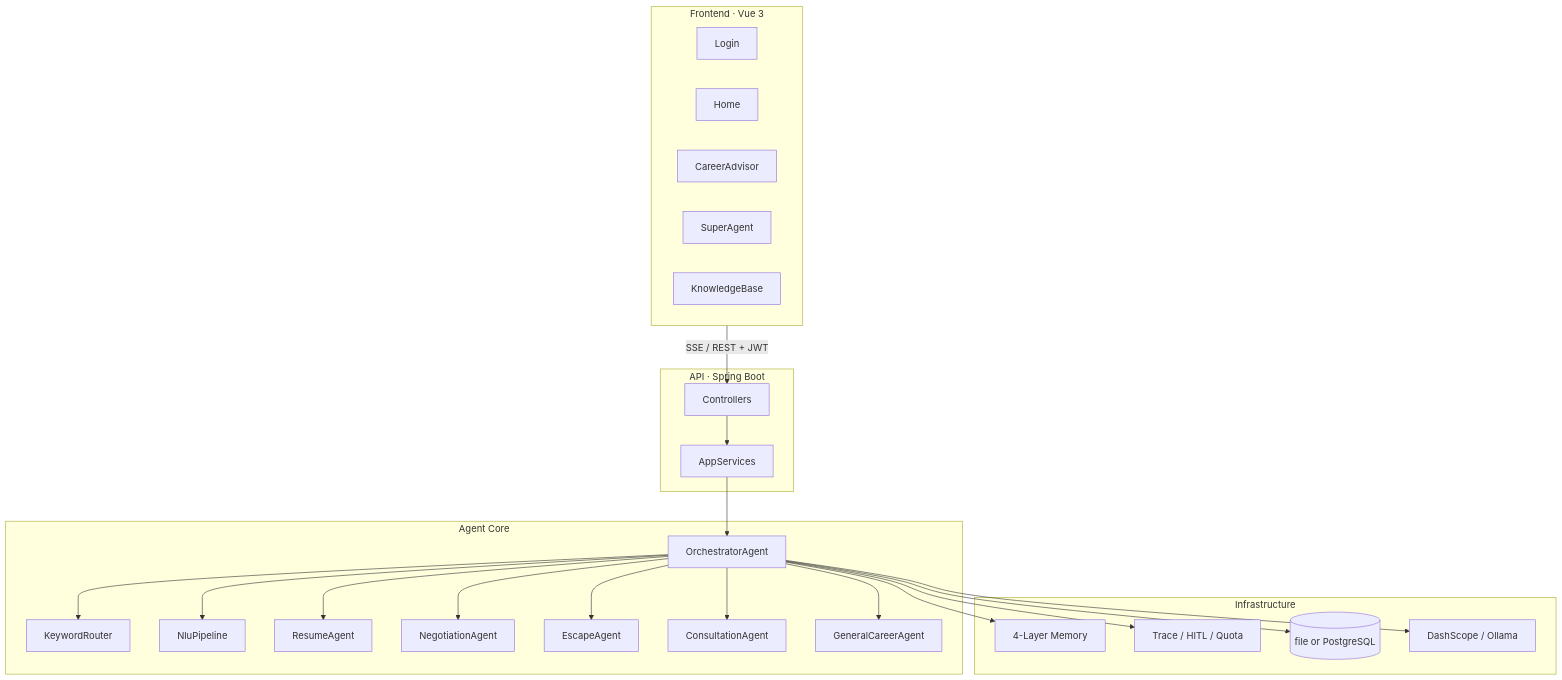
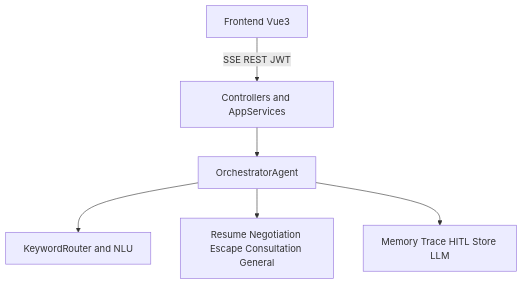
Before and after one commit to jiasongqi/WorkplaceAIAgent: the first of 2 diagrams in README.en.md, drawn with Mermaid. The commit also changed other lines of this file and 1 other file, not shown here.

Commit message:
Fix GitHub Mermaid render errors in README diagrams.
Simplify flowcharts: drop subgraphs, multi-target edges, and br labels that trigger layout failures.

````diff
--- a/README.en.md
+++ b/README.en.md
@@ -61,39 +61,15 @@
 ```mermaid
-flowchart TB
-  subgraph FE["Frontend · Vue 3"]
-    Login[Login]
-    Home[Home]
-    Career[CareerAdvisor]
-    Super[SuperAgent]
-    KB[KnowledgeBase]
-  end
+flowchart TD
+  FE[Frontend Vue3]
+  API[Controllers and AppServices]
+  Orch[OrchestratorAgent]
+  Route[KeywordRouter and NLU]
+  Agents[Resume Negotiation Escape Consultation General]
+  Infra[Memory Trace HITL Store LLM]
 
-  subgraph API["API · Spring Boot"]
-    Ctrl[Controllers]
-    App[AppServices]
-  end
-
-  subgraph CORE["Agent Core"]
-    Orch[OrchestratorAgent]
-    KR[KeywordRouter]
-    NLU[NluPipeline]
-    R[ResumeAgent]
-    N[NegotiationAgent]
-    E[EscapeAgent]
-    C[ConsultationAgent]
-    G[GeneralCareerAgent]
-  end
-
-  subgraph INFRA["Infrastructure"]
-    Mem[4-Layer Memory]
-    Trace[Trace / HITL / Quota]
-    Store[(file or PostgreSQL)]
-    LLM[DashScope / Ollama]
-  end
-
-  FE -->|SSE / REST + JWT| Ctrl --> App --> Orch
-  Orch --> KR
-  Orch --> NLU
-  Orch --> R & N & E & C & G
-  Orch --> Mem & Trace & Store & LLM
+  FE -->|SSE REST JWT| API
+  API --> Orch
+  Orch --> Route
+  Orch --> Agents
+  Orch --> Infra
 ```
````
